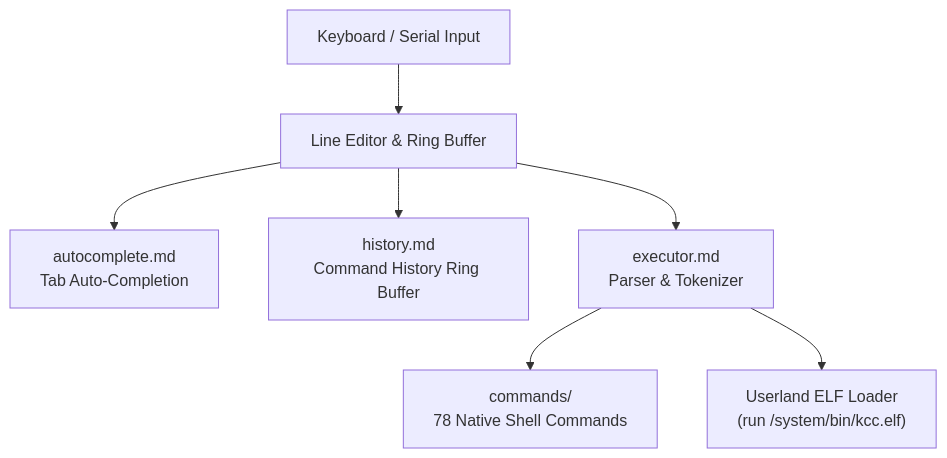
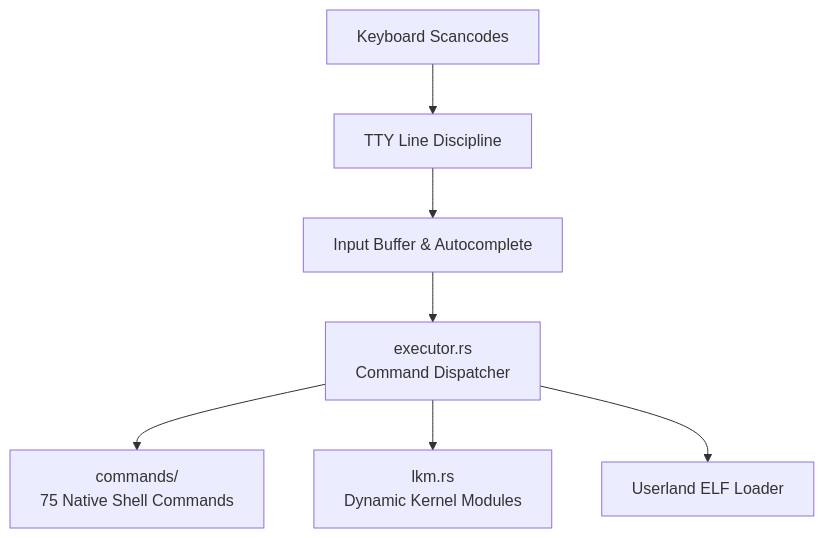
The diagram in docs/shell/README.md (mrvlous/keira), drawn with Mermaid before and after one commit. The commit also changed other lines of this file and 28 other files, not shown here.

Commit message:
refactor(core): prune non-essential userland apps, redundant commands and dormant audio drivers

````diff
--- a/docs/shell/README.md
+++ b/docs/shell/README.md
@@ -11,9 +11,9 @@
 ```mermaid
 graph TD
-    Input["Keyboard / Serial Input"] --> Line["Line Editor & Ring Buffer"]
-    Line --> Auto["autocomplete.md<br/>Tab Auto-Completion"]
-    Line --> Hist["history.md<br/>Command History Ring Buffer"]
-    Line --> Exec["executor.md<br/>Parser & Tokenizer"]
-    Exec --> Cmds["commands/<br/>78 Native Shell Commands"]
-    Exec --> Userland["Userland ELF Loader<br/>(run /system/bin/kcc.elf)"]
+    Input["Keyboard Scancodes"] --> LineDisc["TTY Line Discipline"]
+    LineDisc --> Buffer["Input Buffer & Autocomplete"]
+    Buffer --> Exec["executor.rs<br/>Command Dispatcher"]
+    Exec --> Cmds["commands/<br/>75 Native Shell Commands"]
+    Exec --> LKM["lkm.rs<br/>Dynamic Kernel Modules"]
+    Exec --> ELF["Userland ELF Loader"]
 ```
````
